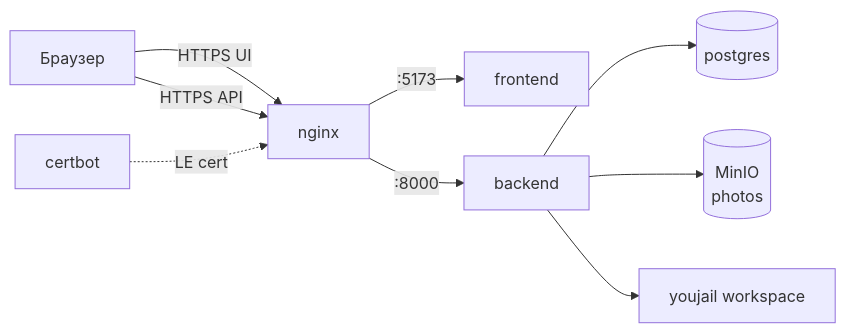
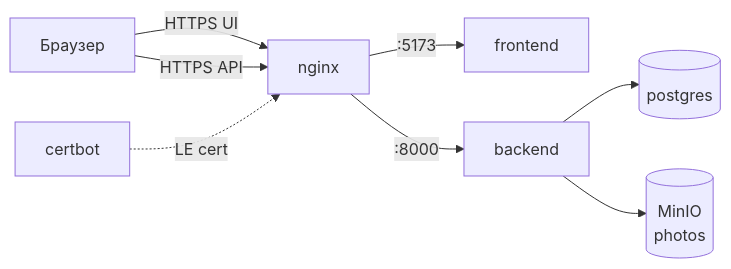
One commit to volchonok16/reporting changed the second of 9 diagrams in docs/diagrams.md. Above: the diagram before and after it, drawn with Mermaid. The commit also changed other lines of this file and 583 other files, not shown here.

````diff
--- a/docs/diagrams.md
+++ b/docs/diagrams.md
@@ -111,11 +106,10 @@
 ```mermaid
 flowchart LR
     User[Браузер] -->|HTTPS UI| N[nginx]
     User -->|HTTPS API| N
     N -->|:5173| FE[frontend]
     N -->|:8000| BE[backend]
     BE --> PG[(postgres)]
     BE --> M[(MinIO\nphotos)]
-    BE --> YJFS[youjail workspace]
     Cert[certbot] -.->|LE cert| N
 ```
````
